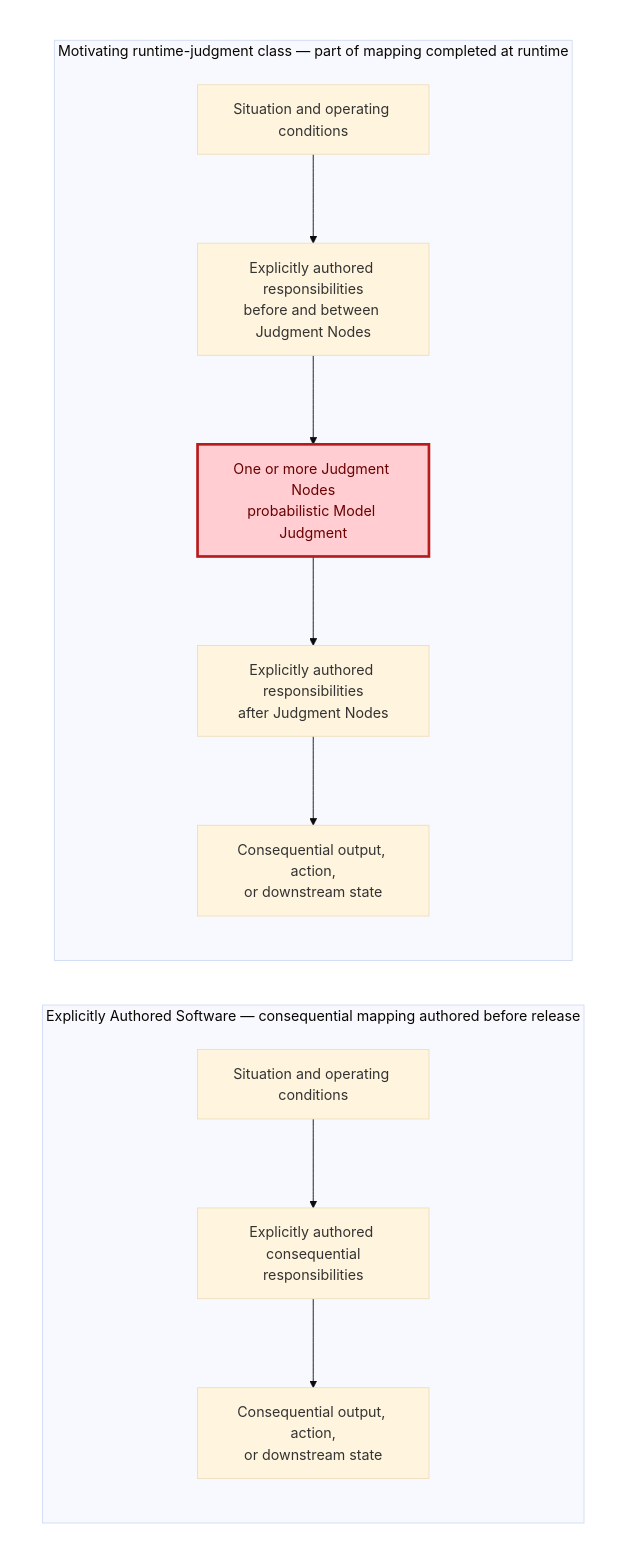
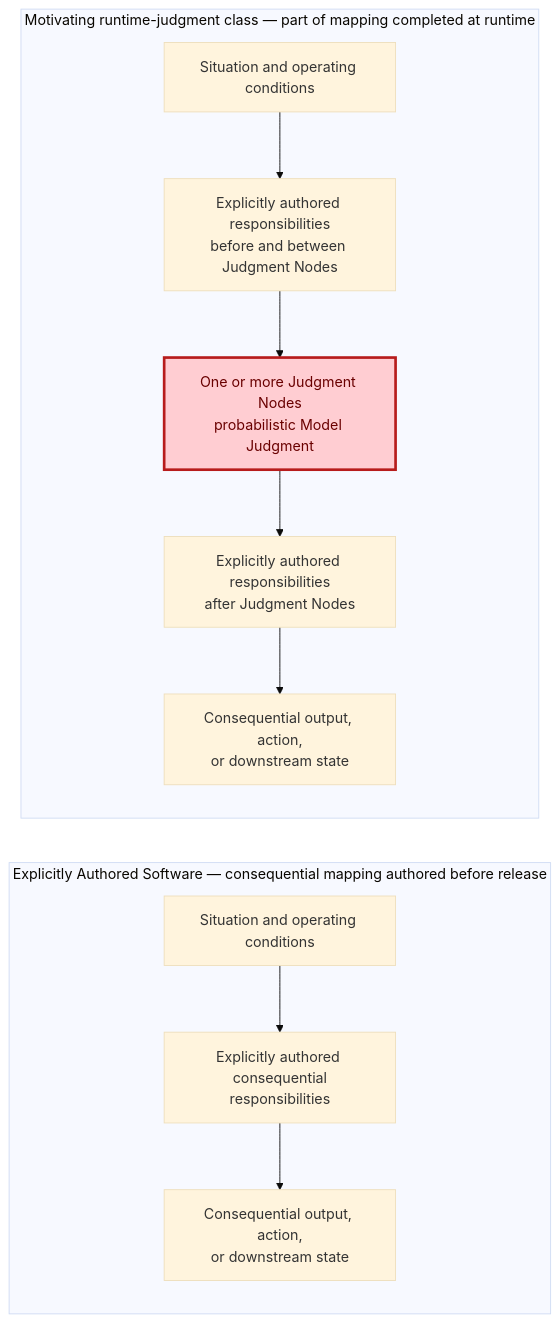
The third of 15 diagrams in content/research/notes/open-engineering-specification-article-draft.md (UncertaintyArchitectureGroup/uncertainty-architecture), drawn with Mermaid (base theme) before and after one commit. The commit also changed 3 other files, not shown here.

Commit message:
research: force Figure 3 side-by-side columns

````diff
--- a/content/research/notes/open-engineering-specification-article-draft.md
+++ b/content/research/notes/open-engineering-specification-article-draft.md
@@ -222,25 +222,21 @@
 ```mermaid
-flowchart TB
-    subgraph ROW3[" "]
-        direction LR
-        subgraph A["Explicitly Authored Software — consequential mapping authored before release"]
-            direction TB
-            A1["Situation and operating conditions"]
-            A2["Explicitly authored consequential<br/>responsibilities"]
-            A3["Consequential output, action,<br/>or downstream state"]
-            A1 --> A2 --> A3
-        end
-        subgraph B["Motivating runtime-judgment class — part of mapping completed at runtime"]
-            direction TB
-            B1["Situation and operating conditions"]
-            B2["Explicitly authored responsibilities<br/>before and between Judgment Nodes"]
-            J1["One or more Judgment Nodes<br/>probabilistic Model Judgment"]
-            B4["Explicitly authored responsibilities<br/>after Judgment Nodes"]
-            B3["Consequential output, action,<br/>or downstream state"]
-            B1 --> B2 --> J1 --> B4 --> B3
-        end
+flowchart LR
+    subgraph A["Explicitly Authored Software — consequential mapping authored before release"]
+        direction TB
+        A1["Situation and operating conditions"]
+        A2["Explicitly authored consequential<br/>responsibilities"]
+        A3["Consequential output, action,<br/>or downstream state"]
+        A1 --> A2 --> A3
+    end
+    subgraph B["Motivating runtime-judgment class — part of mapping completed at runtime"]
+        direction TB
+        B1["Situation and operating conditions"]
+        B2["Explicitly authored responsibilities<br/>before and between Judgment Nodes"]
+        J1["One or more Judgment Nodes<br/>probabilistic Model Judgment"]
+        B4["Explicitly authored responsibilities<br/>after Judgment Nodes"]
+        B3["Consequential output, action,<br/>or downstream state"]
+        B1 --> B2 --> J1 --> B4 --> B3
     end
     classDef judgment fill:#ffcdd2,stroke:#b71c1c,stroke-width:3px,color:#6a0000;
     class J1 judgment;
-    style ROW3 fill:transparent,stroke:transparent
 ```
````
